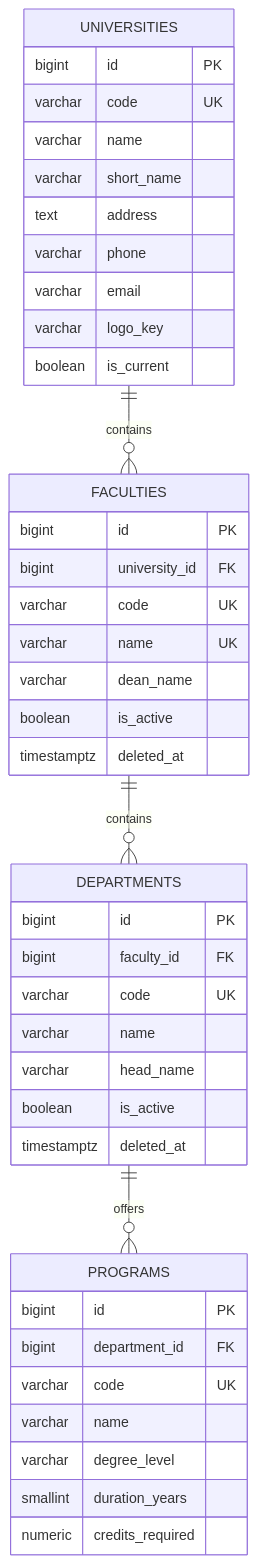
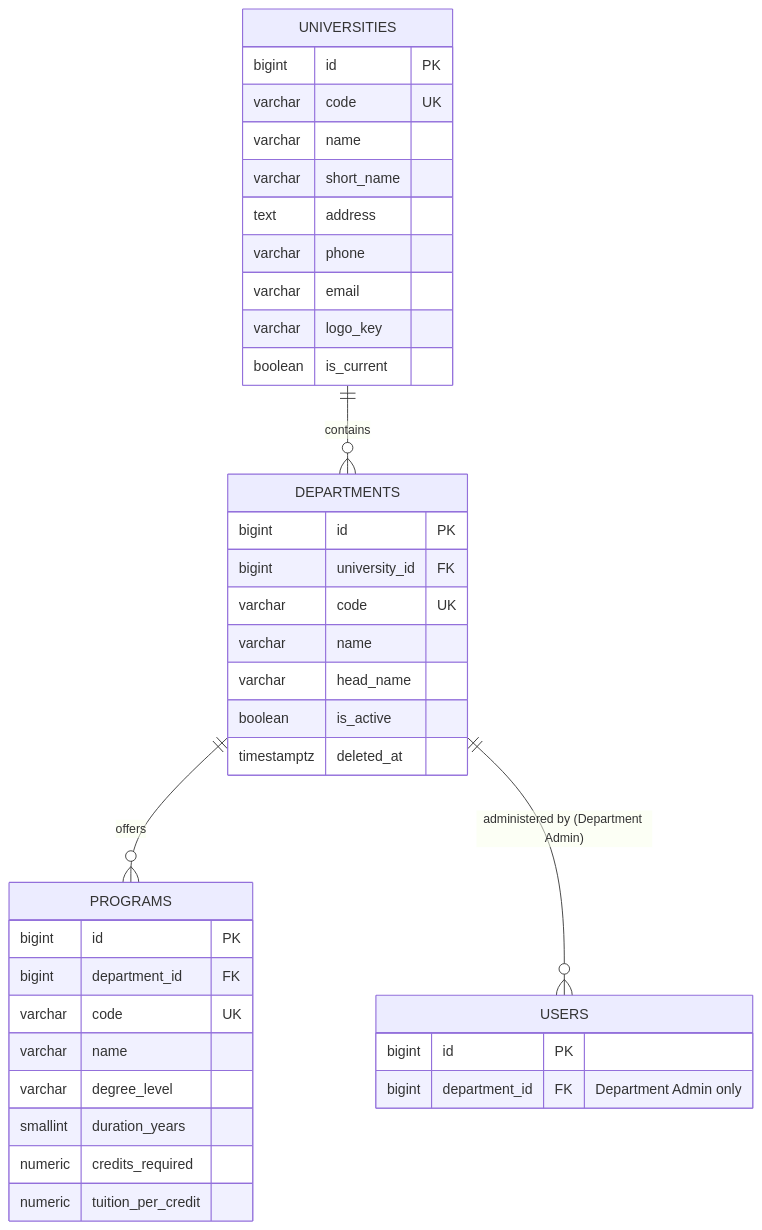
One commit to RITH-1437/educore changed the diagram in docs/database/erd/university-structure.md. Above: the diagram before and after it, drawn with Mermaid. The commit also changed other lines of this file and 38 other files, not shown here.

First line of the commit message:
[Fix]: finish the department-only structure in the UI, docs and audience check.

````diff
--- a/docs/database/erd/university-structure.md
+++ b/docs/database/erd/university-structure.md
@@ -5,45 +7,41 @@
 ```mermaid
 erDiagram
-    UNIVERSITIES ||--o{ FACULTIES : "contains"
-    FACULTIES ||--o{ DEPARTMENTS : "contains"
+    UNIVERSITIES ||--o{ DEPARTMENTS : "contains"
     DEPARTMENTS ||--o{ PROGRAMS : "offers"
+    DEPARTMENTS ||--o{ USERS : "administered by (Department Admin)"
 
     UNIVERSITIES {
         bigint id PK
         varchar code UK
         varchar name
         varchar short_name
         text address
         varchar phone
         varchar email
         varchar logo_key
         boolean is_current
     }
-    FACULTIES {
+    DEPARTMENTS {
         bigint id PK
         bigint university_id FK
-        varchar code UK
-        varchar name UK
-        varchar dean_name
-        boolean is_active
-        timestamptz deleted_at
-    }
-    DEPARTMENTS {
-        bigint id PK
-        bigint faculty_id FK
         varchar code UK
         varchar name
         varchar head_name
         boolean is_active
         timestamptz deleted_at
     }
     PROGRAMS {
         bigint id PK
         bigint department_id FK
         varchar code UK
         varchar name
         varchar degree_level
         smallint duration_years
         numeric credits_required
+        numeric tuition_per_credit
+    }
+    USERS {
+        bigint id PK
+        bigint department_id FK "Department Admin only"
     }
 ```
````
